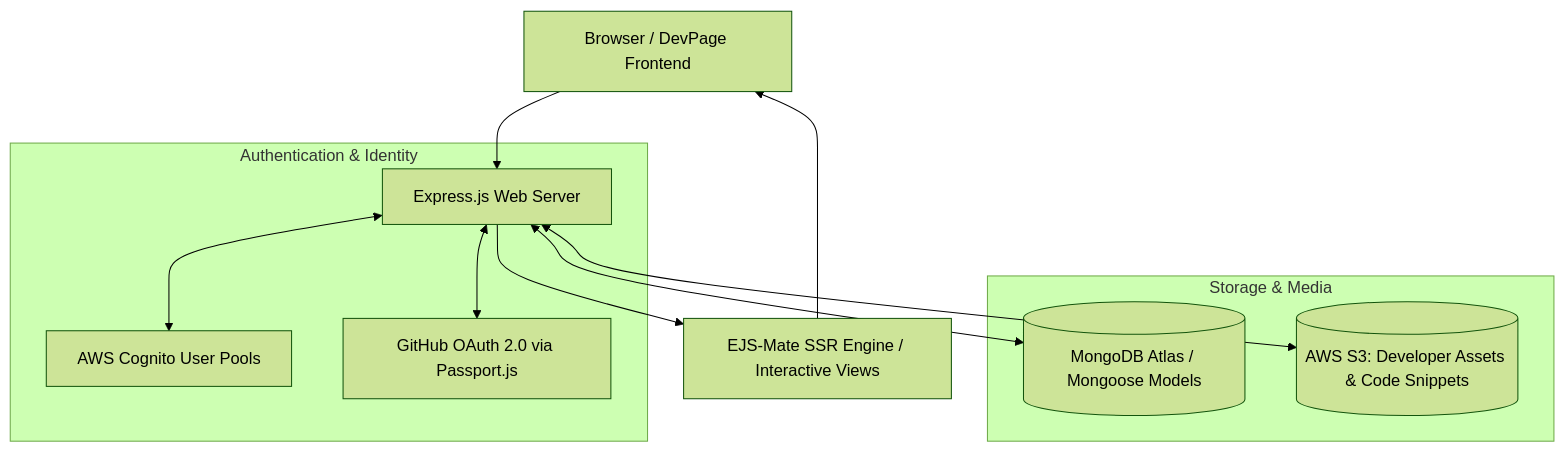
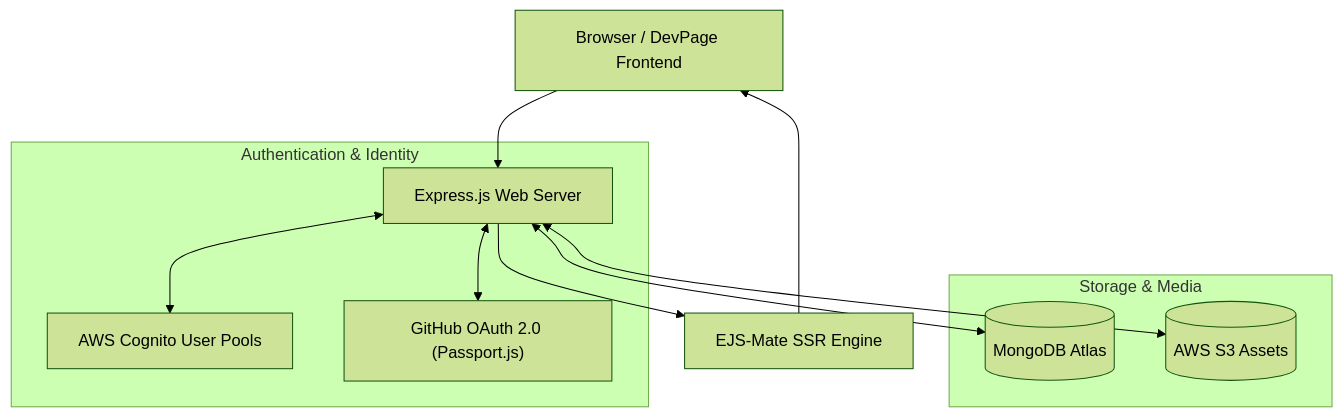
Before and after one commit to nagarajpoojari404/opennotes: the diagram in content/projects/devpage.md, drawn with Mermaid (forest theme). The commit also changed 3 other files, not shown here.

````diff
--- a/content/projects/devpage.md
+++ b/content/projects/devpage.md
@@ -18,17 +18,17 @@
 ```mermaid
 flowchart TD
-    Client[Browser / DevPage Frontend] --> Gateway[Express.js Web Server]
+    Client["Browser / DevPage Frontend"] --> Gateway["Express.js Web Server"]
     
-    subgraph Auth [Authentication & Identity]
-        Gateway <--> Cognito[AWS Cognito User Pools]
-        Gateway <--> GitHubAuth[GitHub OAuth 2.0 via Passport.js]
+    subgraph Auth["Authentication & Identity"]
+        Gateway <--> Cognito["AWS Cognito User Pools"]
+        Gateway <--> GitHubAuth["GitHub OAuth 2.0 (Passport.js)"]
     end
     
-    subgraph DataLayer [Storage & Media]
-        Gateway <--> Mongo[(MongoDB Atlas / Mongoose Models)]
-        Gateway <--> S3[(AWS S3: Developer Assets & Code Snippets)]
+    subgraph DataLayer["Storage & Media"]
+        Gateway <--> Mongo[("MongoDB Atlas")]
+        Gateway <--> S3[("AWS S3 Assets")]
     end
     
-    Gateway --> Renderer[EJS-Mate SSR Engine / Interactive Views]
+    Gateway --> Renderer["EJS-Mate SSR Engine"]
     Renderer --> Client
 ```
````
